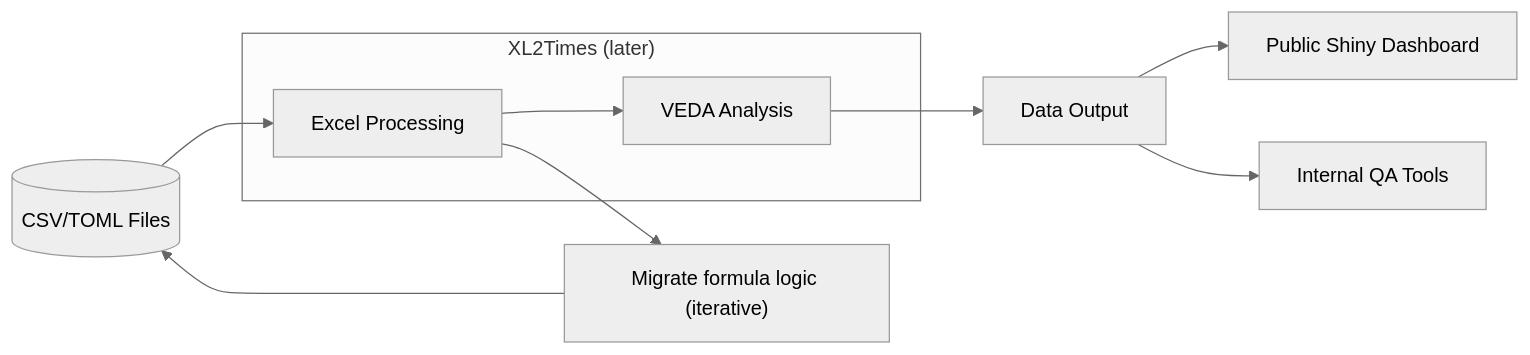
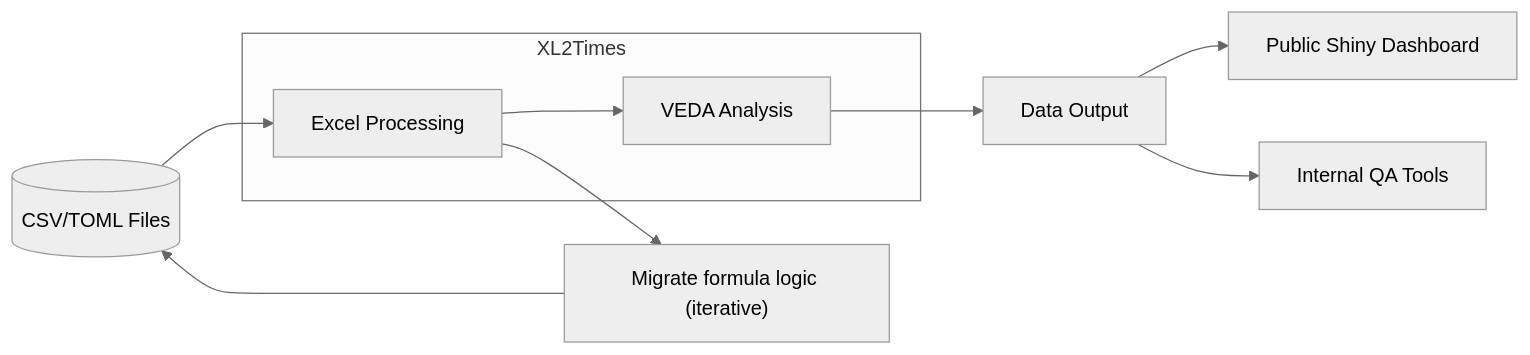
The diagram in PREPARE-TIMES-NZ/readme.md (EECA-NZ/TIMES-NZ-Model-Files), drawn with Mermaid (neutral theme) before and after one commit.

Commit message:
minor change

````diff
--- a/PREPARE-TIMES-NZ/readme.md
+++ b/PREPARE-TIMES-NZ/readme.md
@@ -40,29 +40,29 @@
 ```mermaid
 flowchart LR
     CSV[("CSV/TOML Files")]
     EXCEL["Excel Processing"]
     MIGRATE_FORMULAS["Migrate formula logic (iterative)"]
     VEDA["VEDA Analysis"]
     OUTPUT["Data Output"]
     SHINY["Public Shiny Dashboard"]
     
     INTERNAL_QA["Internal QA Tools"]    
 
-    subgraph PainPoints["XL2Times (later)"]
+    subgraph XL2TIMES["XL2Times"]
         EXCEL["Excel Processing"]
         VEDA["VEDA Analysis"]
     end
 
 
 
     CSV --> EXCEL
     EXCEL --> MIGRATE_FORMULAS
     MIGRATE_FORMULAS --> CSV
     EXCEL --> VEDA
     VEDA --> OUTPUT
     OUTPUT --> SHINY
     OUTPUT --> INTERNAL_QA
     
 
 
 ```
````
